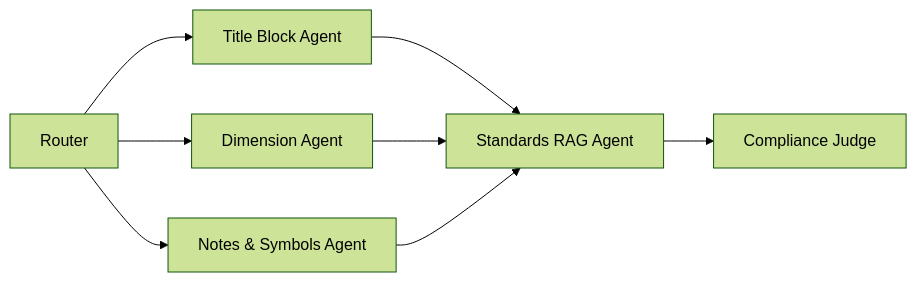
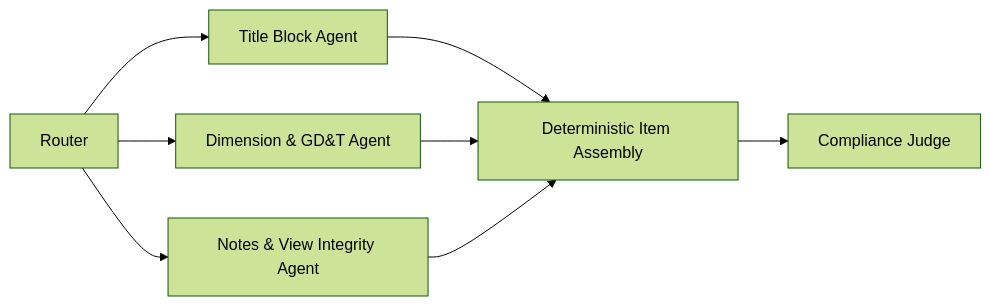
Before and after one commit to PackSuphakon/Engine-draw-Sci19-3914: the diagram in README.md, drawn with Mermaid (forest theme). The commit also changed other lines of this file and 12 other files, not shown here.

````diff
--- a/README.md
+++ b/README.md
@@ -3,11 +3,10 @@
 ```mermaid
 flowchart LR
     A[Router] --> B[Title Block Agent]
-    A --> C[Dimension Agent]
-    A --> D[Notes & Symbols Agent]
-    B --> E[Standards RAG Agent]
+    A --> C[Dimension & GD&T Agent]
+    A --> D[Notes & View Integrity Agent]
+    B --> E[Deterministic Item Assembly]
     C --> E
     D --> E
     E --> F[Compliance Judge]
-
 ```
````
